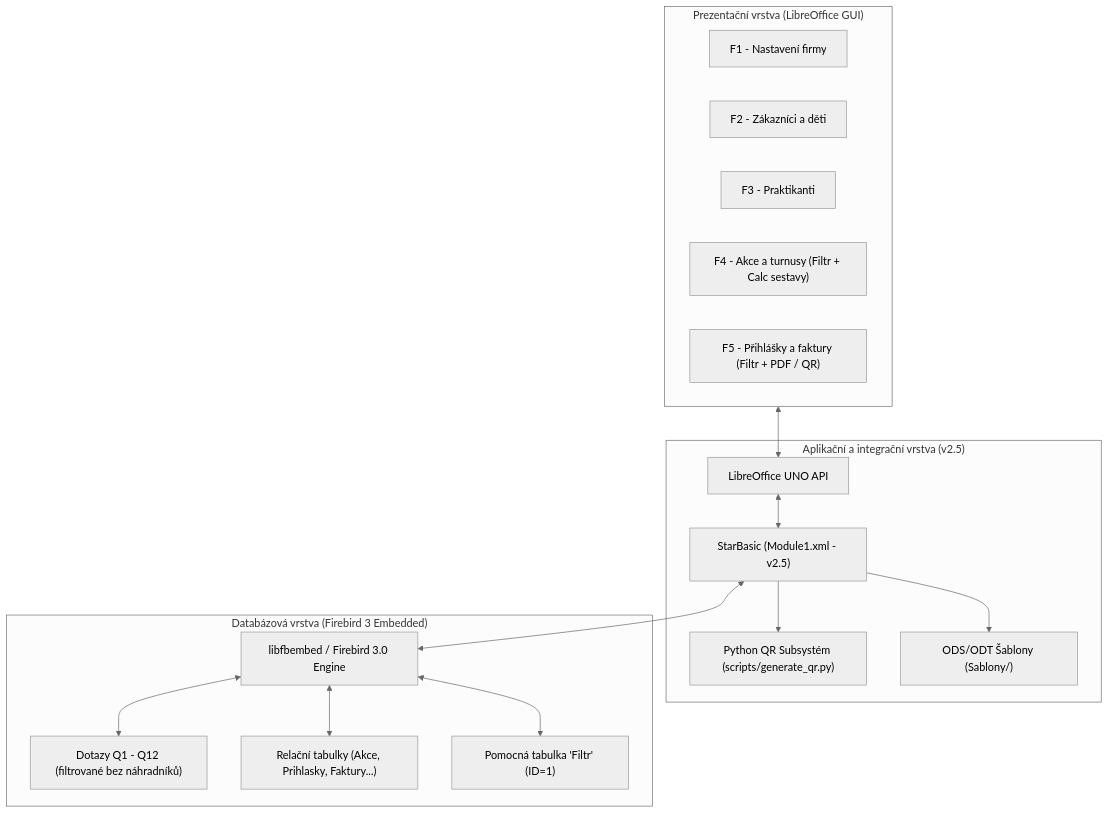
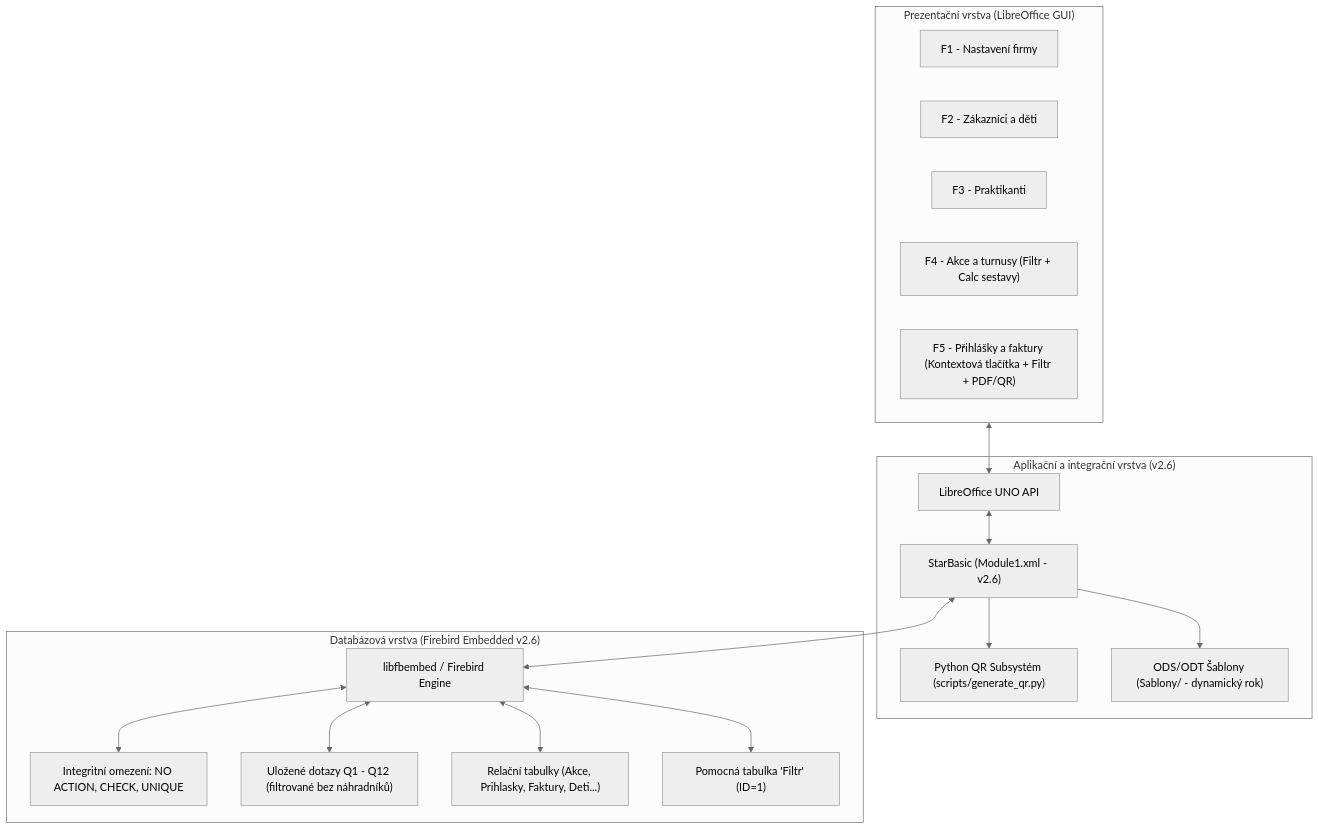
Before and after one commit to krouziciorel/Libre_Office_Base_Stastny_statek_root_cz: the diagram in programatorska_dokumentace.md, drawn with Mermaid (neutral theme). The commit also changed other lines of this file and 39 other files, not shown here.

Commit message:
Verze 2.6: migrace Firebird (NO ACTION, CHECK, UNIQUE), oprava VS na 8 číslic, kontextová tlačítka F5, oprava dotazu bezinfekčnosti a aktualizace dokumentace

````diff
--- a/programatorska_dokumentace.md
+++ b/programatorska_dokumentace.md
@@ -14,33 +15,35 @@
 ```mermaid
 flowchart TD
     subgraph UI_Layer["Prezentační vrstva (LibreOffice GUI)"]
         F1["F1 - Nastavení firmy"]
         F2["F2 - Zákazníci a děti"]
         F3["F3 - Praktikanti"]
         F4["F4 - Akce a turnusy (Filtr + Calc sestavy)"]
-        F5["F5 - Přihlášky a faktury (Filtr + PDF / QR)"]
+        F5["F5 - Přihlášky a faktury (Kontextová tlačítka + Filtr + PDF/QR)"]
     end
 
-    subgraph Logic_Layer["Aplikační a integrační vrstva (v2.5)"]
+    subgraph Logic_Layer["Aplikační a integrační vrstva (v2.6)"]
         UNO["LibreOffice UNO API"]
-        BASIC["StarBasic (Module1.xml - v2.5)"]
+        BASIC["StarBasic (Module1.xml - v2.6)"]
         PY_QR["Python QR Subsystém (scripts/generate_qr.py)"]
-        TEMPLATES["ODS/ODT Šablony (Sablony/)"]
+        TEMPLATES["ODS/ODT Šablony (Sablony/ - dynamický rok)"]
     end
 
-    subgraph DB_Layer["Databázová vrstva (Firebird 3 Embedded)"]
-        ENGINE["libfbembed / Firebird 3.0 Engine"]
-        QUERIES["Dotazy Q1 - Q12 (filtrované bez náhradníků)"]
-        TABLES["Relační tabulky (Akce, Prihlasky, Faktury...)"]
+    subgraph DB_Layer["Databázová vrstva (Firebird Embedded v2.6)"]
+        ENGINE["libfbembed / Firebird Engine"]
+        CONSTRAINTS["Integritní omezení: NO ACTION, CHECK, UNIQUE"]
+        QUERIES["Uložené dotazy Q1 - Q12 (filtrované bez náhradníků)"]
+        TABLES["Relační tabulky (Akce, Prihlasky, Faktury, Deti...)"]
         FILTER_TAB["Pomocná tabulka 'Filtr' (ID=1)"]
     end
 
     UI_Layer <--> UNO
     UNO <--> BASIC
     BASIC --> PY_QR
     BASIC --> TEMPLATES
     BASIC <--> ENGINE
+    ENGINE <--> CONSTRAINTS
     ENGINE <--> QUERIES
     ENGINE <--> TABLES
     ENGINE <--> FILTER_TAB
 ```
````
